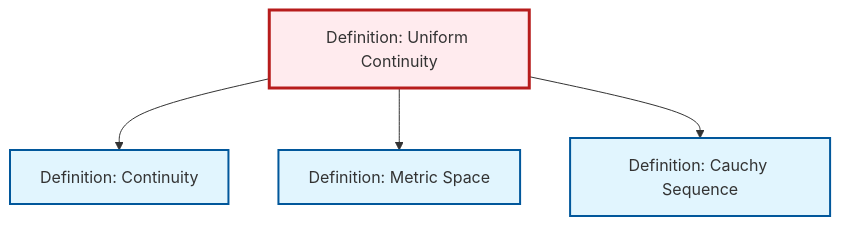
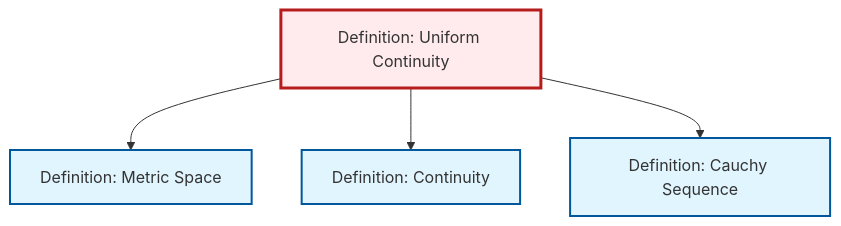
One commit to RK0429/ModernMath changed the diagram in content/en/analysis/def-uniform-continuity.qmd. Above: the diagram before and after it, drawn with Mermaid. The commit also changed other lines of this file and 634 other files, not shown here.

````diff
--- a/content/en/analysis/def-uniform-continuity.qmd
+++ b/content/en/analysis/def-uniform-continuity.qmd
@@ -69,20 +69,20 @@
 ```{mermaid}
 %%| fig-cap: "Local dependency graph"
 graph TD
     classDef definition fill:#e1f5fe,stroke:#01579b,stroke-width:2px
     classDef theorem fill:#f3e5f5,stroke:#4a148c,stroke-width:2px
     classDef axiom fill:#fff3e0,stroke:#e65100,stroke-width:2px
     classDef example fill:#e8f5e9,stroke:#1b5e20,stroke-width:2px
     classDef current fill:#ffebee,stroke:#b71c1c,stroke-width:3px
+    def-continuity["Definition: Continuity"]:::definition
+    def-cauchy-sequence["Definition: Cauchy Sequence"]:::definition
+    def-metric-space["Definition: Metric Space"]:::definition
     def-uniform-continuity["Definition: Uniform Continuity"]:::definition
-    def-cauchy-sequence["Definition: Cauchy Sequence"]:::definition
-    def-continuity["Definition: Continuity"]:::definition
-    def-metric-space["Definition: Metric Space"]:::definition
+    def-uniform-continuity --> def-metric-space
     def-uniform-continuity --> def-continuity
-    def-uniform-continuity --> def-metric-space
     def-uniform-continuity --> def-cauchy-sequence
     class def-uniform-continuity current
+    click def-continuity "def-continuity.html" "Go to Continuity definition"
     click def-cauchy-sequence "def-cauchy-sequence.html" "Go to Cauchy Sequence definition"
-    click def-continuity "def-continuity.html" "Go to Continuity definition"
     click def-metric-space "def-metric-space.html" "Go to Metric Space definition"
 ```
````
